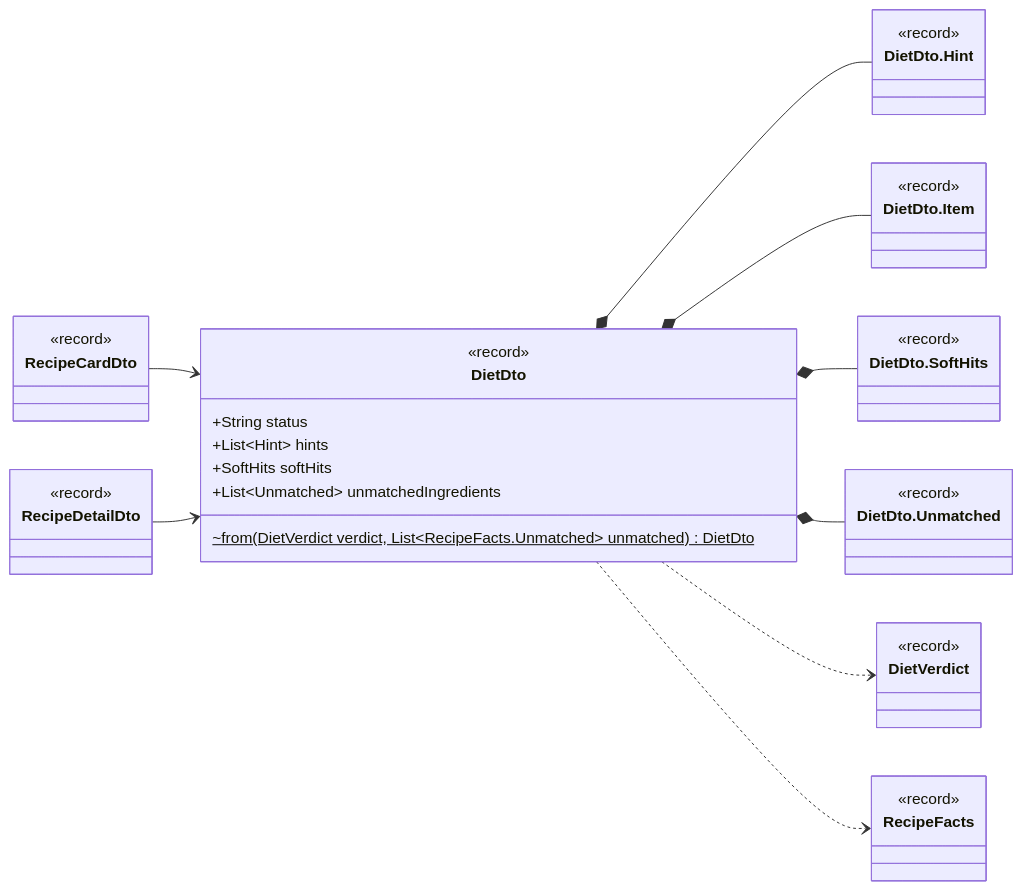
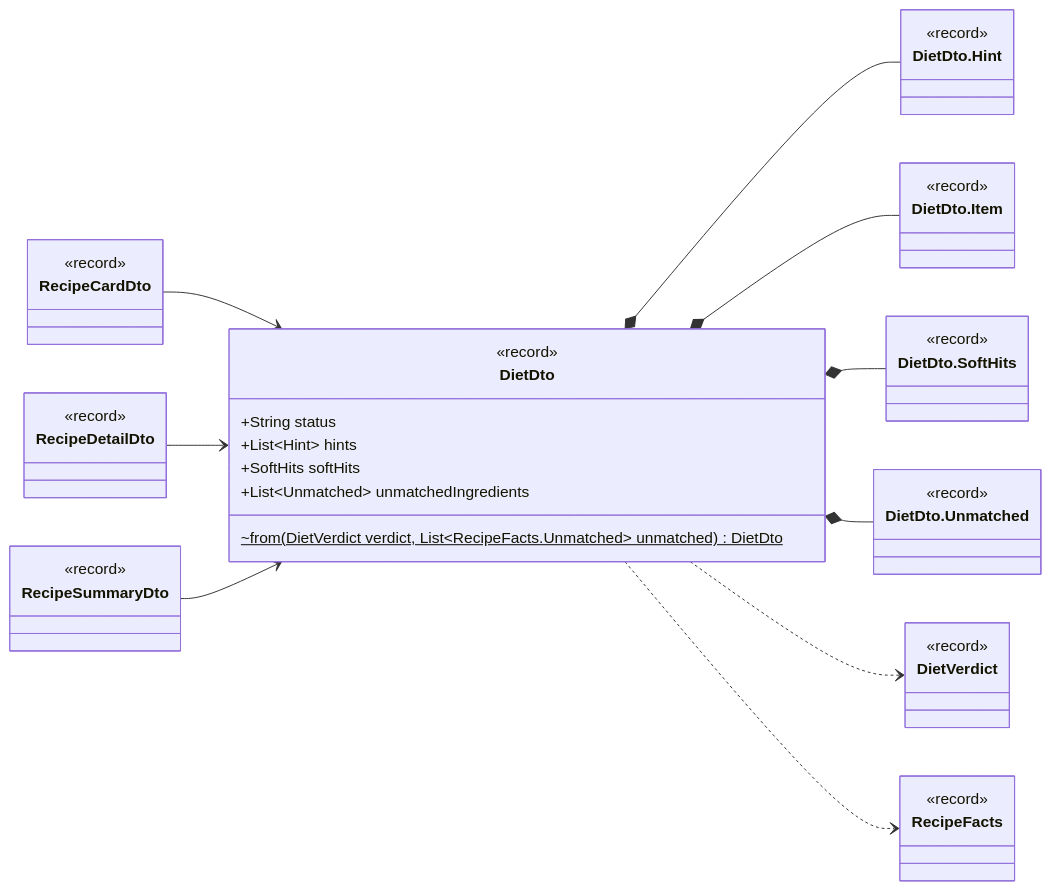
One commit to Nate-ryan-7690/dahaem changed diagram 13 of 53 in docs/classes/api.md. Above: the diagram before and after it, drawn with Mermaid. The commit also changed other lines of this file and 14 other files, not shown here.

First line of the commit message:
Recipe search: move the paged search to /api/recipes/search

````diff
--- a/docs/classes/api.md
+++ b/docs/classes/api.md
@@ -616,44 +622,48 @@
 ```mermaid
 classDiagram
     direction LR
     class api_DietDto["DietDto"] {
         <<record>>
         +String status
         +List~Hint~ hints
         +SoftHits softHits
         +List~Unmatched~ unmatchedIngredients
         ~from(DietVerdict verdict, List~RecipeFacts.Unmatched~ unmatched) DietDto$
     }
     class api_DietDto_Hint["DietDto.Hint"] {
         <<record>>
     }
     class api_DietDto_Item["DietDto.Item"] {
         <<record>>
     }
     class api_DietDto_SoftHits["DietDto.SoftHits"] {
         <<record>>
     }
     class api_DietDto_Unmatched["DietDto.Unmatched"] {
         <<record>>
     }
     class api_RecipeCardDto["RecipeCardDto"] {
         <<record>>
     }
     class api_RecipeDetailDto["RecipeDetailDto"] {
         <<record>>
     }
+    class api_RecipeSummaryDto["RecipeSummaryDto"] {
+        <<record>>
+    }
     class diet_DietVerdict["DietVerdict"] {
         <<record>>
     }
     class tags_RecipeFacts["RecipeFacts"] {
         <<record>>
     }
     api_DietDto *-- api_DietDto_Hint
     api_DietDto *-- api_DietDto_Item
     api_DietDto *-- api_DietDto_SoftHits
     api_DietDto *-- api_DietDto_Unmatched
     api_DietDto ..> diet_DietVerdict
     api_DietDto ..> tags_RecipeFacts
     api_RecipeCardDto --> api_DietDto
     api_RecipeDetailDto --> api_DietDto
+    api_RecipeSummaryDto --> api_DietDto
 ```
````
